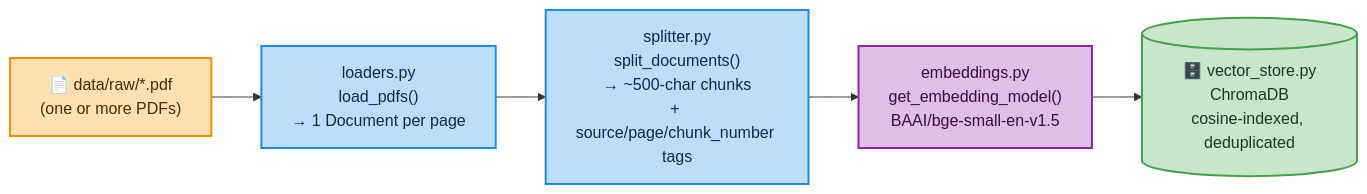
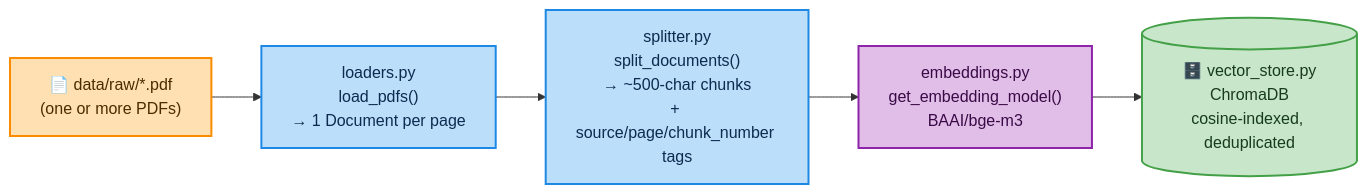
One commit to jawadbhutto/RAG-QA-System changed the first of 7 diagrams in docs/architecture.md. Above: the diagram before and after it, drawn with Mermaid. The commit also changed other lines of this file, not shown here.

````diff
--- a/docs/architecture.md
+++ b/docs/architecture.md
@@ -15,15 +15,15 @@
 ```mermaid
 flowchart LR
     A["📄 data/raw/*.pdf\n(one or more PDFs)"]:::input
     B["loaders.py\nload_pdfs()\n→ 1 Document per page"]:::process
     C["splitter.py\nsplit_documents()\n→ ~500-char chunks\n+ source/page/chunk_number tags"]:::process
-    D["embeddings.py\nget_embedding_model()\nBAAI/bge-small-en-v1.5"]:::model
+    D["embeddings.py\nget_embedding_model()\nBAAI/bge-m3"]:::model
     E[("🗄️ vector_store.py\nChromaDB\ncosine-indexed, deduplicated")]:::storage
 
     A --> B --> C --> D --> E
 
     classDef input fill:#FFE0B2,stroke:#FB8C00,stroke-width:2px,color:#4A2C00
     classDef process fill:#BBDEFB,stroke:#1E88E5,stroke-width:2px,color:#0D2B4E
     classDef model fill:#E1BEE7,stroke:#8E24AA,stroke-width:2px,color:#3A0A47
     classDef storage fill:#C8E6C9,stroke:#43A047,stroke-width:2px,color:#173C1D
 ```
````
